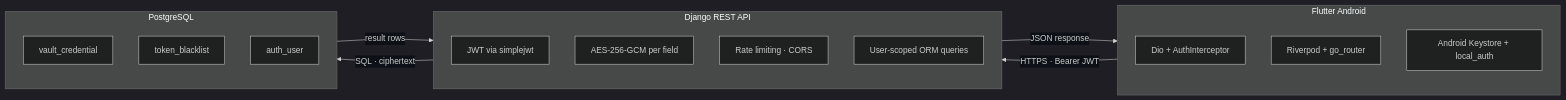
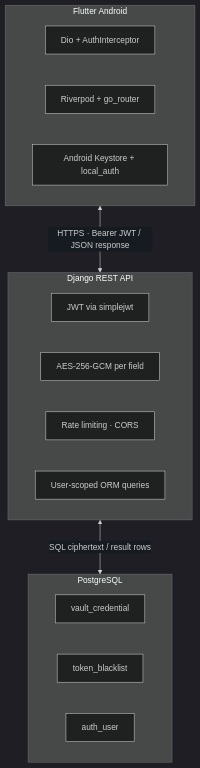
Before and after one commit to dmnkSabota/password-vault: the diagram in README.md, drawn with Mermaid.

Commit message:
fix Mermaid layout to top-down

````diff
--- a/README.md
+++ b/README.md
@@ -9,27 +9,25 @@
 ```mermaid
-%%{init: {'theme': 'dark', 'themeVariables': {'edgeLabelBackground': '#0d1117'}, 'flowchart': {'curve': 'linear', 'nodeSpacing': 50, 'rankSpacing': 70}}}%%
-flowchart LR
+%%{init: {'theme': 'dark', 'themeVariables': {'edgeLabelBackground': '#161b22'}, 'flowchart': {'curve': 'linear', 'nodeSpacing': 60, 'rankSpacing': 80}}}%%
+flowchart TD
     subgraph MOBILE["Flutter Android"]
         A1["Dio + AuthInterceptor"]
         A2["Riverpod + go_router"]
         A3["Android Keystore + local_auth"]
     end
 
     subgraph BACKEND["Django REST API"]
         B1["JWT via simplejwt"]
         B2["AES-256-GCM per field"]
         B3["Rate limiting · CORS"]
         B4["User-scoped ORM queries"]
     end
 
     subgraph DATABASE["PostgreSQL"]
         C1["vault_credential"]
         C2["token_blacklist"]
         C3["auth_user"]
     end
 
-    MOBILE -->|"HTTPS · Bearer JWT"| BACKEND
-    BACKEND -->|"JSON response"| MOBILE
-    BACKEND -->|"SQL · ciphertext"| DATABASE
-    DATABASE -->|"result rows"| BACKEND
+    MOBILE <-->|"HTTPS · Bearer JWT / JSON response"| BACKEND
+    BACKEND <-->|"SQL ciphertext / result rows"| DATABASE
 ```
````
